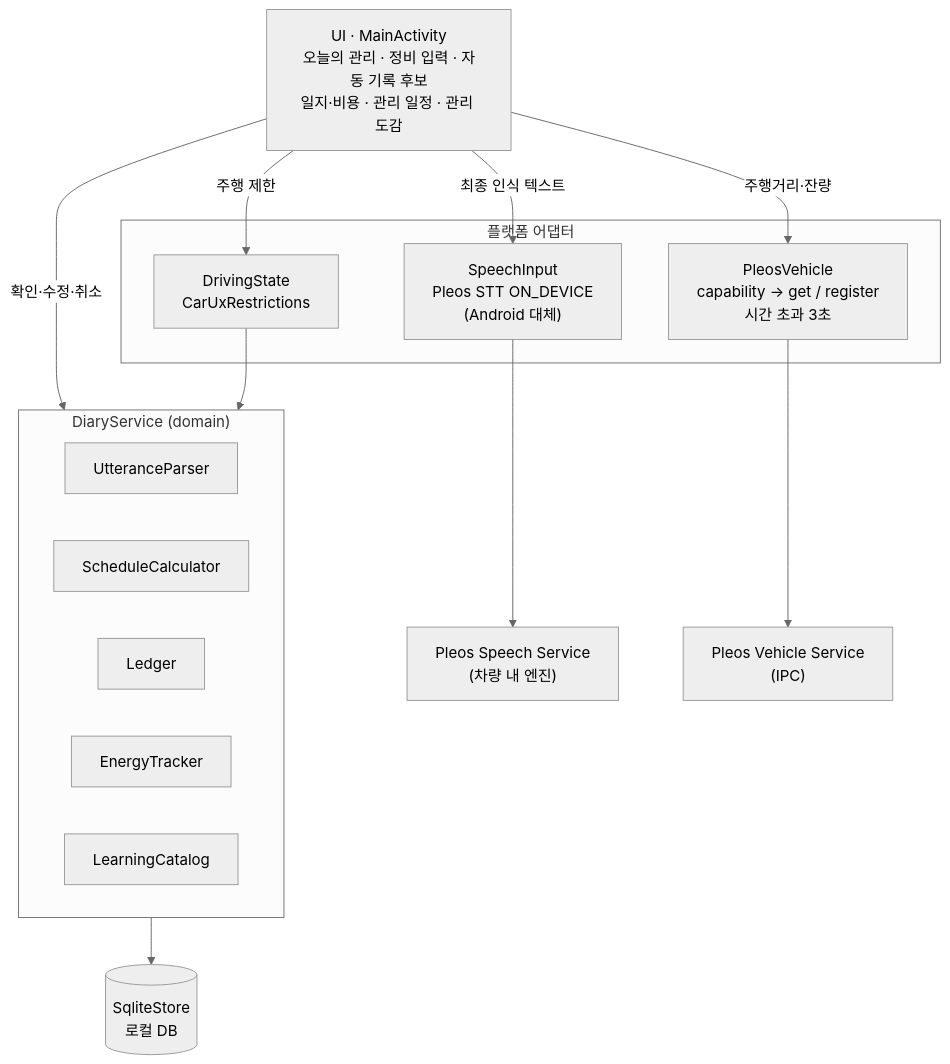
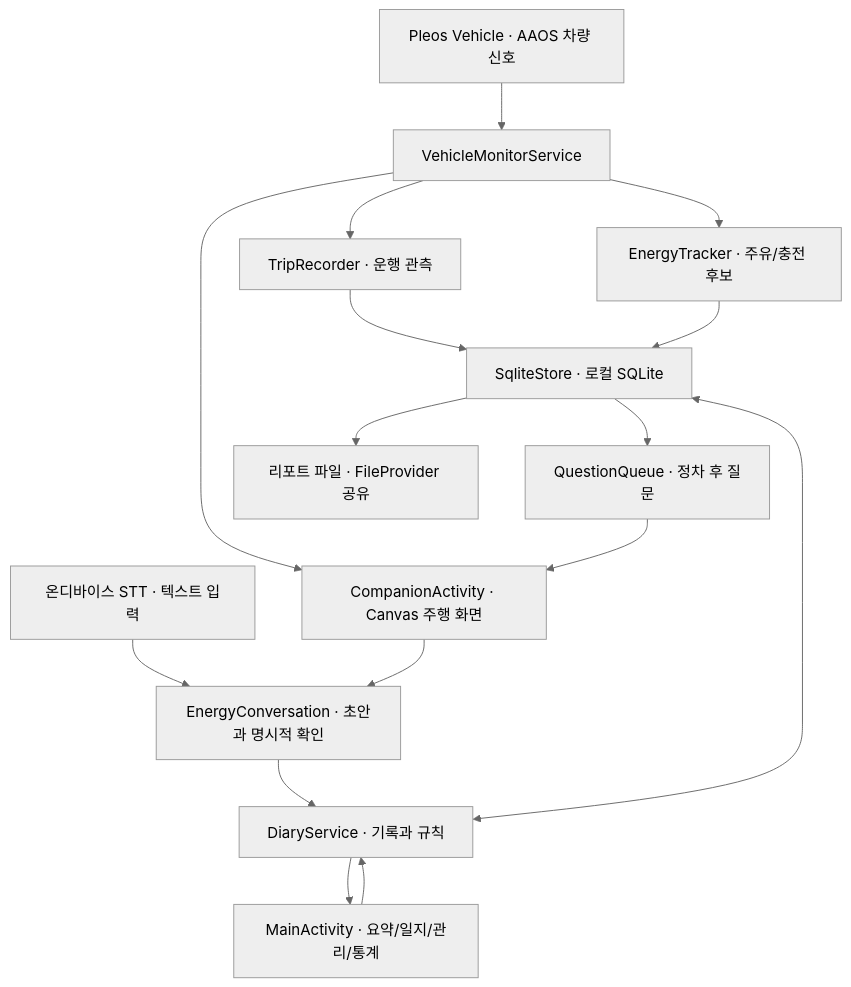
The diagram in README.md (loki2001-dev/chagok), drawn with Mermaid (neutral theme) before and after one commit. The commit also changed other lines of this file and 1 other file, not shown here.

````diff
--- a/README.md
+++ b/README.md
@@ -278,31 +284,18 @@
 ```mermaid
-flowchart TB
-    UI["UI · MainActivity<br/>오늘의 관리 · 정비 입력 · 자동 기록 후보<br/>일지·비용 · 관리 일정 · 관리 도감"]
-
-    subgraph ADAPTER["플랫폼 어댑터"]
-        SI["SpeechInput<br/>Pleos STT ON_DEVICE<br/>(Android 대체)"]
-        PV["PleosVehicle<br/>capability → get / register<br/>시간 초과 3초"]
-        DR["DrivingState<br/>CarUxRestrictions"]
-    end
-
-    subgraph DOMAIN["DiaryService (domain)"]
-        UP["UtteranceParser"]
-        SC["ScheduleCalculator"]
-        LG["Ledger"]
-        ET["EnergyTracker"]
-        LC["LearningCatalog"]
-    end
-
-    PSS["Pleos Speech Service<br/>(차량 내 엔진)"]
-    PVS["Pleos Vehicle Service<br/>(IPC)"]
-    DB[("SqliteStore<br/>로컬 DB")]
-
-    UI -->|"최종 인식 텍스트"| SI
-    UI -->|"주행거리·잔량"| PV
-    UI -->|"주행 제한"| DR
-    UI -->|"확인·수정·취소"| DOMAIN
-    DR --> DOMAIN
-    SI --> PSS
-    PV --> PVS
-    DOMAIN --> DB
+flowchart TD
+    SDK["Pleos Vehicle · AAOS 차량 신호"] --> Monitor["VehicleMonitorService"]
+    Monitor --> Trip["TripRecorder · 운행 관측"]
+    Monitor --> Detect["EnergyTracker · 주유/충전 후보"]
+    Trip --> Store["SqliteStore · 로컬 SQLite"]
+    Detect --> Store
+    Monitor --> Scene["CompanionActivity · Canvas 주행 화면"]
+    Store --> Queue["QuestionQueue · 정차 후 질문"]
+    Queue --> Scene
+    STT["온디바이스 STT · 텍스트 입력"] --> Conversation["EnergyConversation · 초안과 명시적 확인"]
+    Scene --> Conversation
+    Conversation --> Diary["DiaryService · 기록과 규칙"]
+    Diary <--> Store
+    Diary --> Pages["MainActivity · 요약/일지/관리/통계"]
+    Pages --> Diary
+    Store --> Export["리포트 파일 · FileProvider 공유"]
 ```
````
